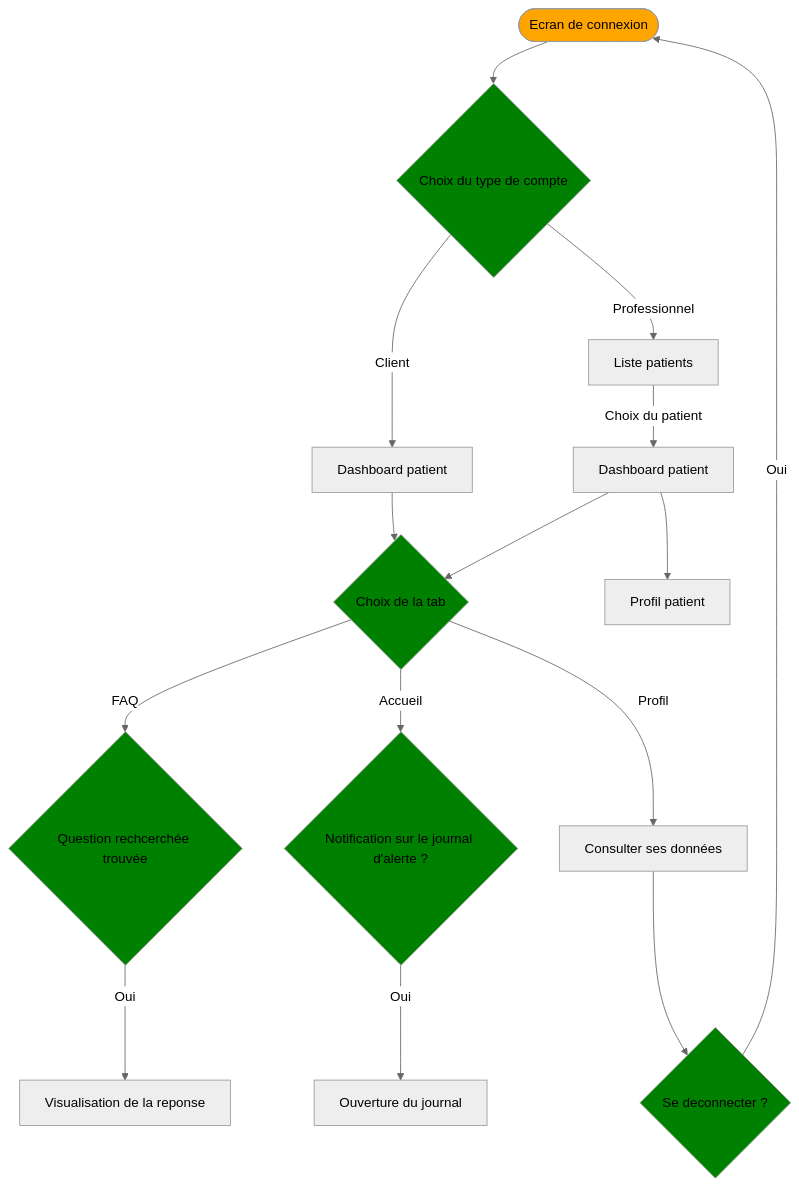
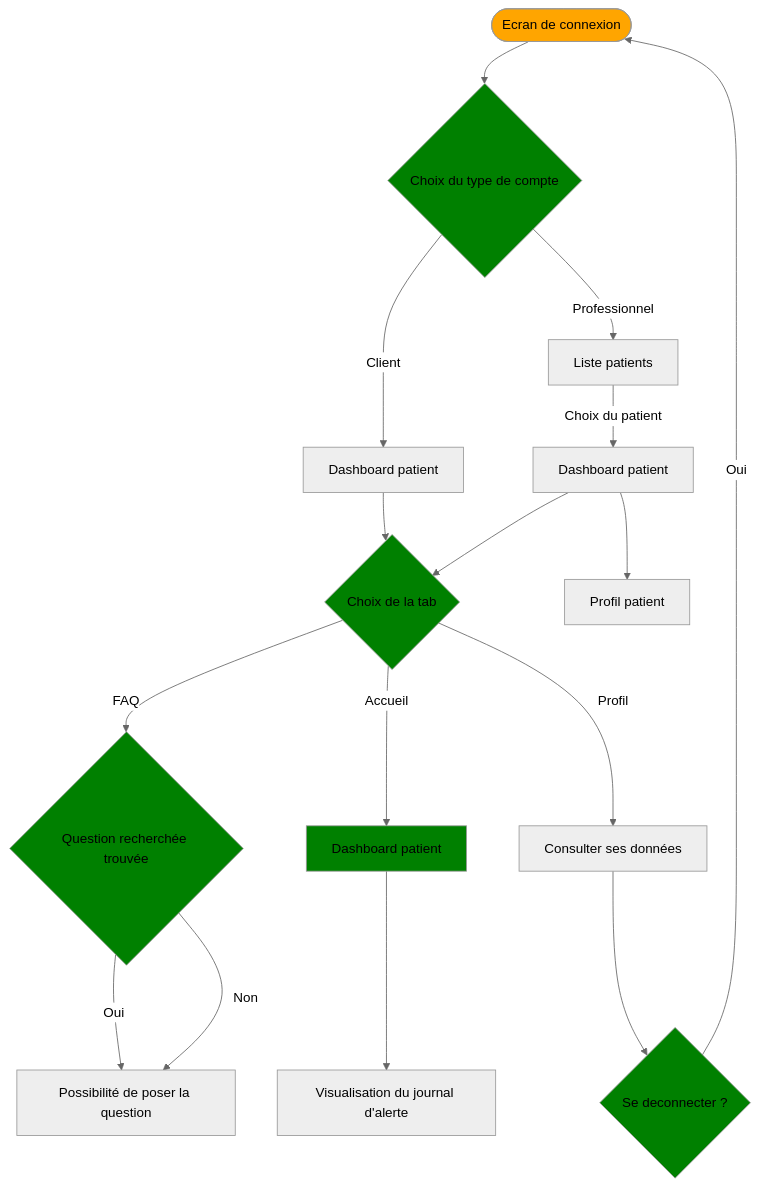
Before and after one commit to MTI-STEP/pfee-specs: the diagram in docs/03-ux-ui/parcours-ux.md, drawn with Mermaid (neutral theme).

Commit message:
modif parcours UX

````diff
--- a/docs/03-ux-ui/parcours-ux.md
+++ b/docs/03-ux-ui/parcours-ux.md
@@ -5,36 +5,37 @@
 ```mermaid
 
 flowchart TD
     A@{ shape: stadium, label: "Ecran de connexion" } --> B{Choix du type de compte}
 
     B -->|Client| C[Dashboard patient]
     B -->|Professionnel| D[Liste patients]
 
     C --> G{Choix de la tab}
 
-    G --> |FAQ|H{Question rechcerchée trouvée}
-    G --> |Accueil|E{Notification sur le journal d'alerte ?}
+    G --> |FAQ|H{Question recherchée trouvée}
+    G --> |Accueil|E[Dashboard patient]
     G --> |Profil|I[Consulter ses données]
 
-    E --> |Oui|F[Ouverture du journal]
+    E --> F[Visualisation du journal d'alerte]
 
     H --> |Oui|J[Visualisation de la reponse]
+    H --> |Non|J[Possibilité de poser la question]
 
     I --> K{Se deconnecter ?}
 
     K --> |Oui|A
 
     D --> |Choix du patient|L[Dashboard patient]
 
     L --> M[Profil patient]
 
     L --> G
 
     style A fill:#ffa500, color: #000
     style B fill:#008000, color: #000
     style G fill:#008000, color: #000
     style H fill:#008000, color: #000
     style E fill:#008000, color: #000
     style K fill:#008000, color: #000
 
 ```
````
